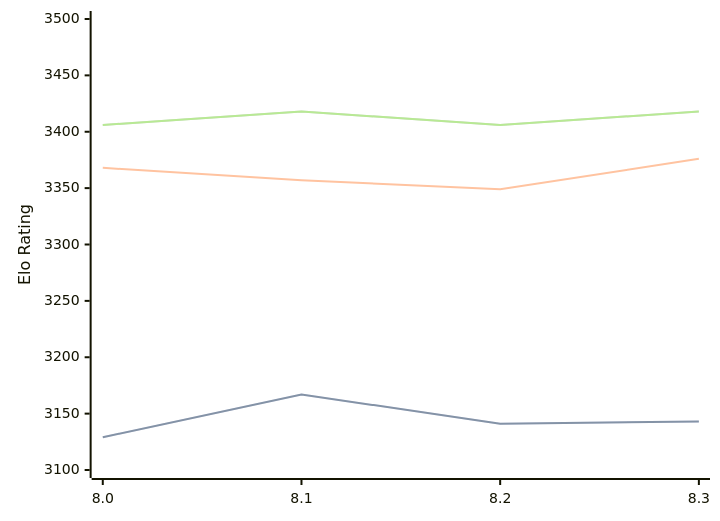
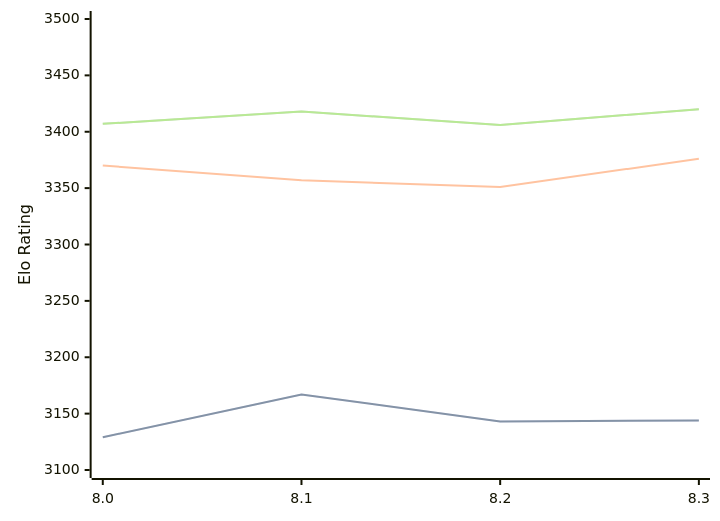
The first of 3 diagrams in engines/Alexander.md (computer-chess-index/cci), drawn with Mermaid before and after one commit. The commit also changed other lines of this file, not shown here.

Commit message:
Update CCI Ratings (ELO VLTC) - 2026-07-14

````diff
--- a/engines/Alexander.md
+++ b/engines/Alexander.md
@@ -48,11 +48,11 @@
 ```mermaid
 %%{init: {"theme":"base","themeVariables":{"seriesColors:['#a3a3a3','#222221','#faa371']}}}%%
 xychart-beta
   x-axis ["8.0", "8.1", "8.2", "8.3"]
   y-axis "Elo Rating" 3100 --> 3500
-  line "STC (8.0+0.08s)" [3129, 3167, 3141, 3143]
-  line "STC (8.0+0.08s)" [3129, 3167, 3141, 3143]
-  line "LTC (60.0+0.60s)" [3368, 3357, 3349, 3376]
-  line "VLTC (2m24s+1.12s)" [3406, 3418, 3406, 3418]
-  line "VLTC (2m24s+1.12s)" [3406, 3418, 3406, 3418]
+  line "STC (8.0+0.08s)" [3129, 3167, 3143, 3144]
+  line "STC (8.0+0.08s)" [3129, 3167, 3143, 3144]
+  line "LTC (60.0+0.60s)" [3370, 3357, 3351, 3376]
+  line "VLTC (2m24s+1.12s)" [3407, 3418, 3406, 3420]
+  line "VLTC (2m24s+1.12s)" [3407, 3418, 3406, 3420]
 ```
````
